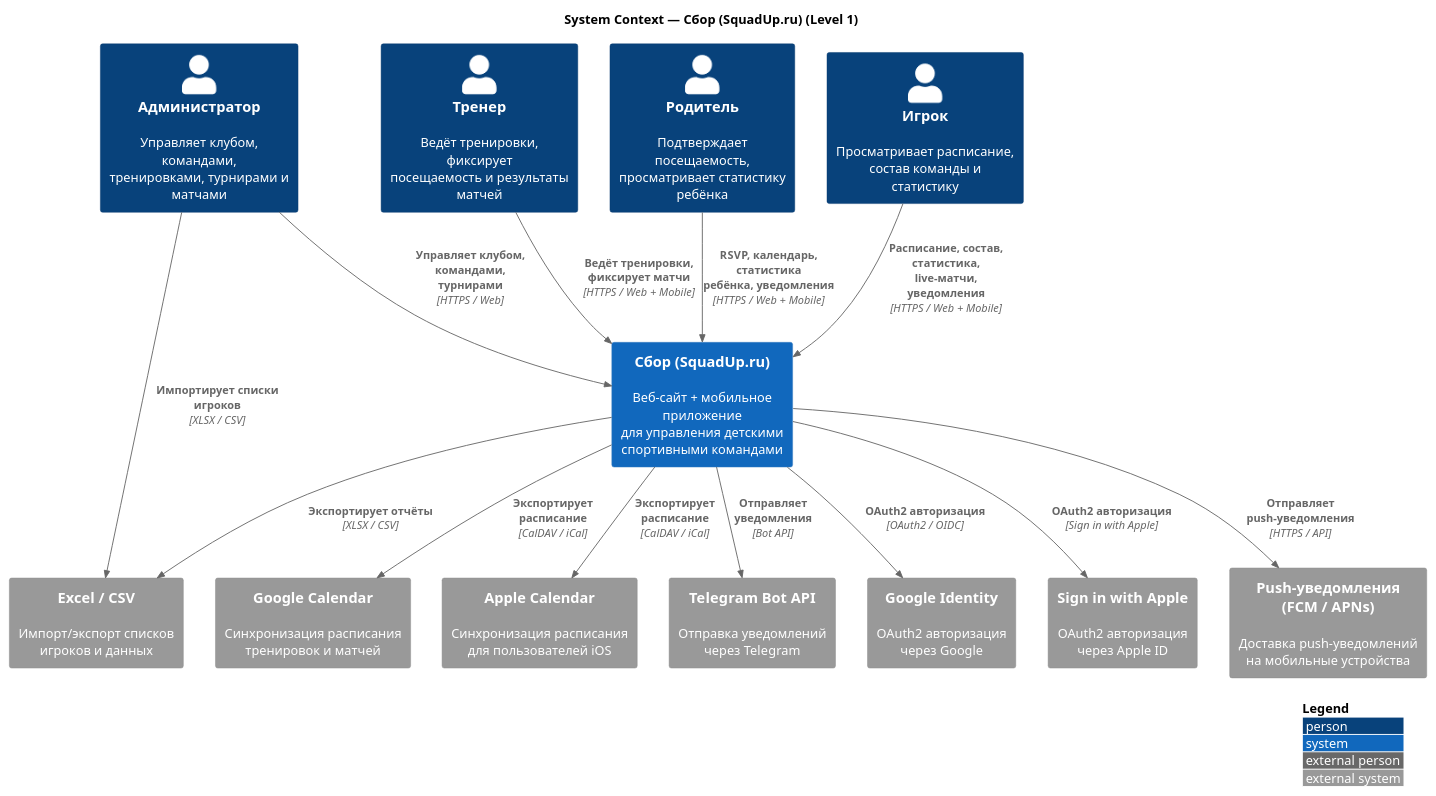
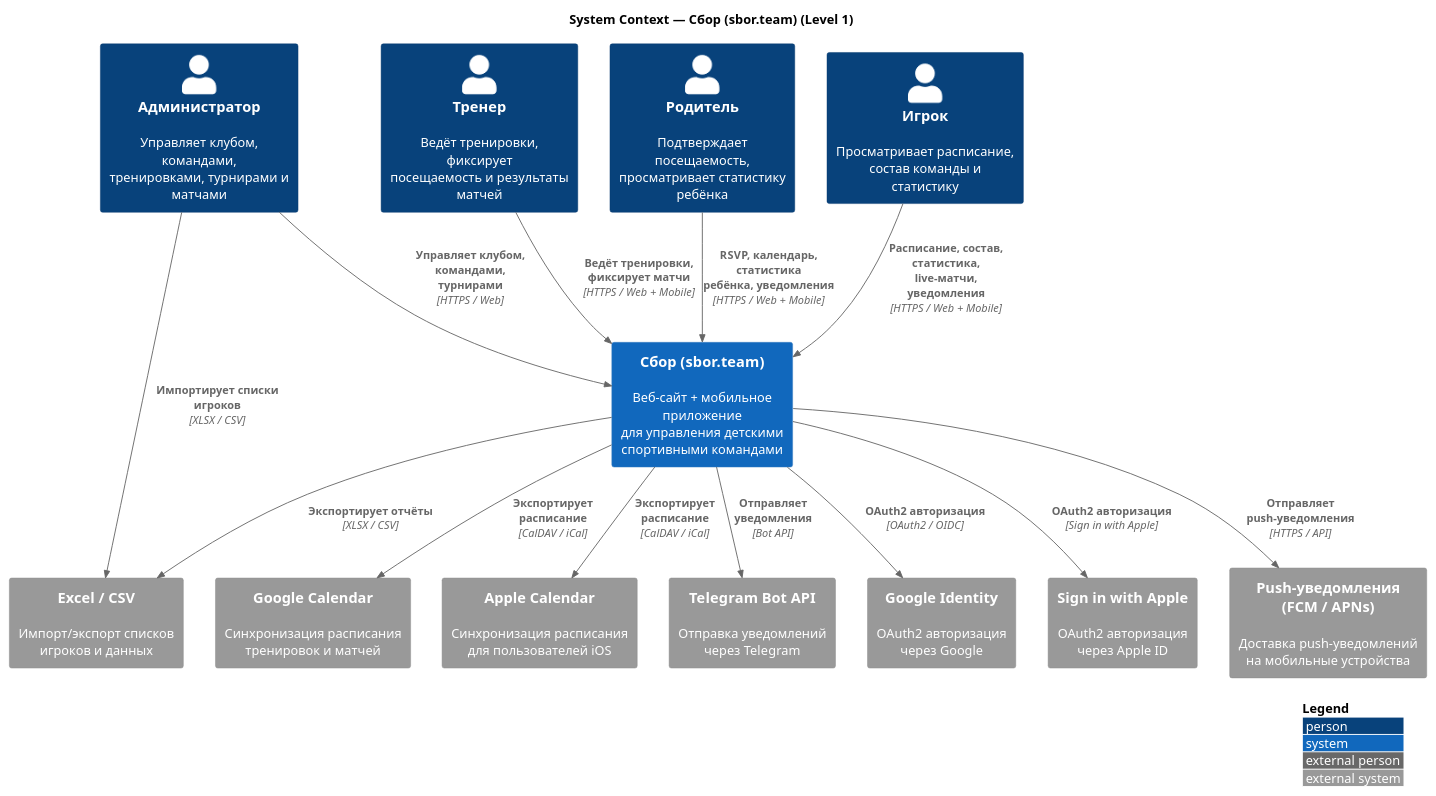
One commit to GHostlyFOX/leum changed the diagram in docs/c4/c1_context.puml. Above: the diagram before and after it, drawn with PlantUML. The commit also changed 11 other files, not shown here.

```diff
--- a/docs/c4/c1_context.puml
+++ b/docs/c4/c1_context.puml
@@ -1,41 +1,41 @@
 @startuml c1_context
 !include lib/C4_Context.puml
 
 LAYOUT_WITH_LEGEND()
 
-title System Context — Сбор (SquadUp.ru) (Level 1)
+title System Context — Сбор (sbor.team) (Level 1)
 
 ' ─── Actors ───────────────────────────────────────────────────────────────────
 Person(admin,      "Администратор",  "Управляет клубом, командами,\nтренировками, турнирами и матчами")
 Person(coach,      "Тренер",         "Ведёт тренировки, фиксирует\nпосещаемость и результаты матчей")
 Person(parent,     "Родитель",       "Подтверждает посещаемость,\nпросматривает статистику ребёнка")
 Person(player,     "Игрок",          "Просматривает расписание,\nсостав команды и статистику")
 
 ' ─── Core System ──────────────────────────────────────────────────────────────
-System(sbor_platform, "Сбор (SquadUp.ru)", "Веб-сайт + мобильное приложение\nдля управления детскими\nспортивными командами")
+System(sbor_platform, "Сбор (sbor.team)", "Веб-сайт + мобильное приложение\nдля управления детскими\nспортивными командами")
 
 ' ─── External Systems ─────────────────────────────────────────────────────────
 System_Ext(push_service,   "Push-уведомления\n(FCM / APNs)",   "Доставка push-уведомлений\nна мобильные устройства")
 System_Ext(google_cal,     "Google Calendar",                  "Синхронизация расписания\nтренировок и матчей")
 System_Ext(apple_cal,      "Apple Calendar",                   "Синхронизация расписания\nдля пользователей iOS")
 System_Ext(telegram,       "Telegram Bot API",                 "Отправка уведомлений\nчерез Telegram")
 System_Ext(google_auth,    "Google Identity",                  "OAuth2 авторизация\nчерез Google")
 System_Ext(apple_auth,     "Sign in with Apple",               "OAuth2 авторизация\nчерез Apple ID")
 System_Ext(excel_import,   "Excel / CSV",                      "Импорт/экспорт списков\nигроков и данных")
 
 ' ─── Relationships ────────────────────────────────────────────────────────────
 Rel(admin,  sbor_platform, "Управляет клубом,\nкомандами, турнирами",     "HTTPS / Web")
 Rel(coach,  sbor_platform, "Ведёт тренировки,\nфиксирует матчи",          "HTTPS / Web + Mobile")
 Rel(parent, sbor_platform, "RSVP, календарь, статистика\nребёнка, уведомления",        "HTTPS / Web + Mobile")
 Rel(player, sbor_platform, "Расписание, состав, статистика,\nlive-матчи, уведомления",    "HTTPS / Web + Mobile")
 
 Rel(sbor_platform, push_service, "Отправляет push-уведомления",  "HTTPS / API")
 Rel(sbor_platform, google_cal,   "Экспортирует расписание",       "CalDAV / iCal")
 Rel(sbor_platform, apple_cal,    "Экспортирует расписание",       "CalDAV / iCal")
 Rel(sbor_platform, telegram,     "Отправляет уведомления",        "Bot API")
 Rel(sbor_platform, google_auth,  "OAuth2 авторизация",            "OAuth2 / OIDC")
 Rel(sbor_platform, apple_auth,   "OAuth2 авторизация",            "Sign in with Apple")
 Rel(admin,         excel_import, "Импортирует списки игроков",    "XLSX / CSV")
 Rel(sbor_platform, excel_import, "Экспортирует отчёты",           "XLSX / CSV")
 
 @enduml
```
